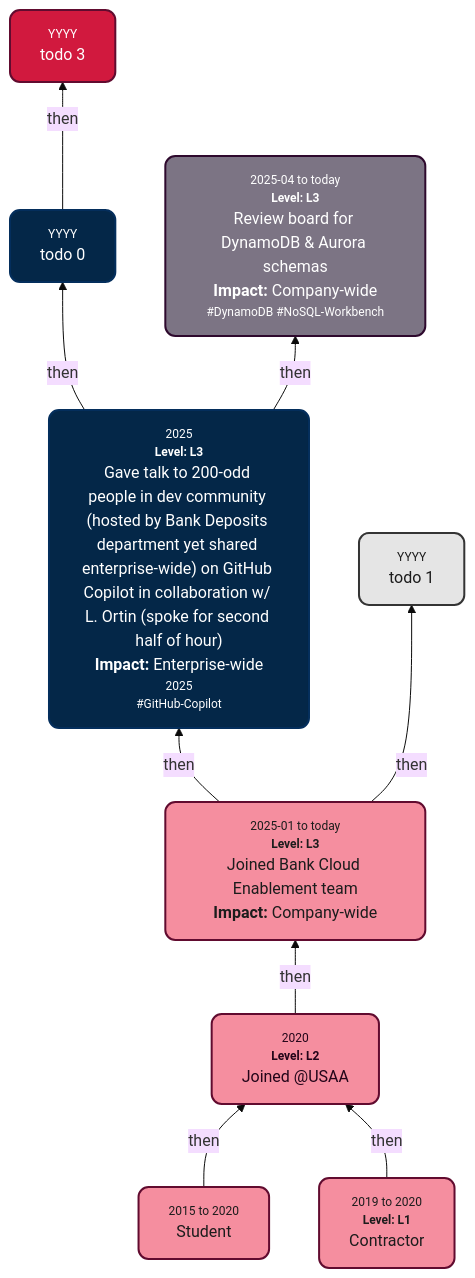
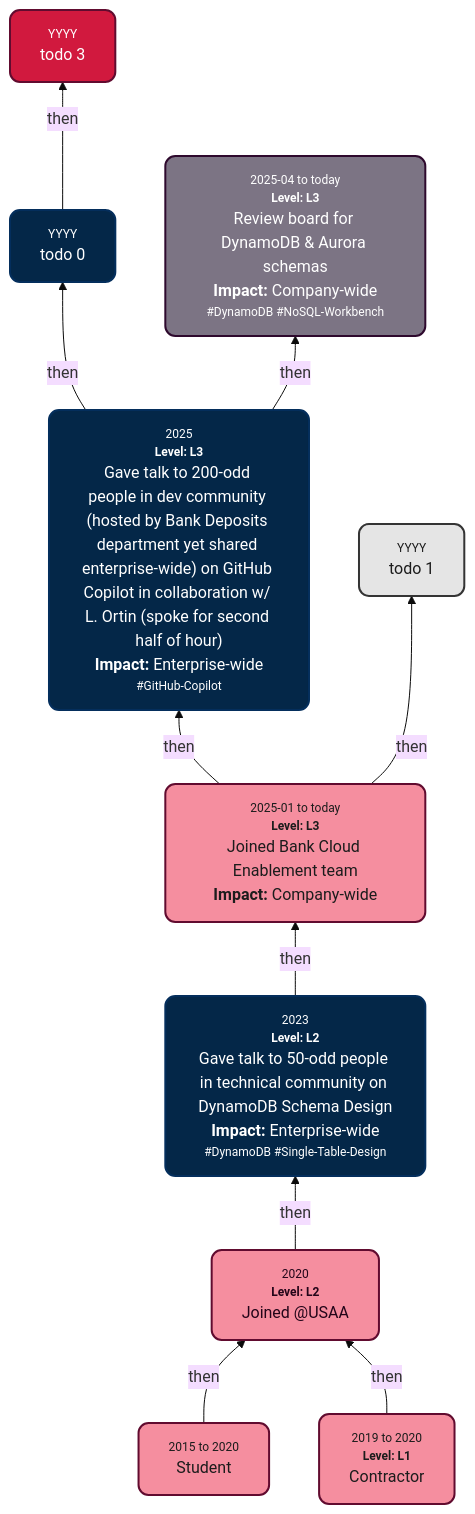
One commit to s-sepanski/portfolio changed the diagram in README.md. Above: the diagram before and after it, drawn with Mermaid (base theme).

Commit message:
task: dynamo talk

````diff
--- a/README.md
+++ b/README.md
@@ -37,22 +37,24 @@
 ```mermaid
 graph BT
     PreStudentNode["<div style='font-size:75%;  color:#848484; text-align:center;'>2015 to 2020</div>Student"] -->|then| A["<div style='font-size:75%; color:#848484; text-align:center;'>2020</div><div style='font-size:75%; color:#848484; text-align:center;'><b>Level: L2</b><br/></div>Joined @USAA<br>"]
     ContractorNode["<div style='font-size:75%; color:#848484; text-align:center;'>2019 to 2020</div><div style='font-size:75%; color:#848484; text-align:center;'><b>Level: L1</b></div>Contractor"] -->|then| A
-    A -->|then| B["<div style='font-size:75%; color:#848484; text-align:center;'>2025-01 to today</div><div style='font-size:75%; color:#848484; text-align:center;'><b>Level: L3</b><br/></div>Joined Bank Cloud Enablement team<br/><b>Impact: </b>Company-wide"]
-    B -->|then| C["<div style='font-size:75%; color:#848484; text-align:center;'>2025</div><div style='font-size:75%; color:#848484; text-align:center;'><b>Level: L3</b><br/></div>Gave talk to 200-odd people in dev community (hosted by Bank Deposits department yet shared enterprise-wide) on GitHub Copilot in collaboration w/ L. Ortin (spoke for second half of hour)<br/><b>Impact: </b>Enterprise-wide<div style='font-size:75%; color:#848484; text-align:center;'>2025</div><div style='font-size:75%; color:#848484; text-align:center;'>#GitHub-Copilot<br/></div>"]
+    A -->|then| Chat["<div style='font-size:75%; color:#848484; text-align:center;'>2023</div><div style='font-size:75%; color:#848484; text-align:center;'><b>Level: L2</b><br/></div>Gave talk to 50-odd people in technical community on DynamoDB Schema Design<br/><b>Impact: </b>Enterprise-wide<div style='font-size:75%; color:#848484; text-align:center;'>#DynamoDB #Single-Table-Design<br/></div>"]
+    Chat -->|then| B["<div style='font-size:75%; color:#848484; text-align:center;'>2025-01 to today</div><div style='font-size:75%; color:#848484; text-align:center;'><b>Level: L3</b><br/></div>Joined Bank Cloud Enablement team<br/><b>Impact: </b>Company-wide"]
+    B -->|then| C["<div style='font-size:75%; color:#848484; text-align:center;'>2025</div><div style='font-size:75%; color:#848484; text-align:center;'><b>Level: L3</b><br/></div>Gave talk to 200-odd people in dev community (hosted by Bank Deposits department yet shared enterprise-wide) on GitHub Copilot in collaboration w/ L. Ortin (spoke for second half of hour)<br/><b>Impact: </b>Enterprise-wide<div style='font-size:75%; color:#848484; text-align:center;'>#GitHub-Copilot<br/></div>"]
     C -->|then| D["<div style='font-size:75%; color:#848484; text-align:center;'>YYYY</div>todo 0"]
     B -->|then| E["<div style='font-size:75%; color:#848484; text-align:center;'>YYYY</div>todo 1"]
     C -->|then| F["<div style='font-size:75%; color:#848484; text-align:center;'>2025-04 to today</div><div style='font-size:75%; color:#848484; text-align:center;'><b>Level: L3</b><br/></div>Review board for DynamoDB & Aurora schemas<br/><b>Impact: </b>Company-wide<div style='font-size:75%; color:#848484; text-align:center;'>#DynamoDB #NoSQL-Workbench<br/></div>"]
     D -->|then| G["<div style='font-size:75%; color:#848484; text-align:center;'>YYYY</div>todo 3"]
     style PreStudentNode fill:#f58e9f,stroke:#610b2f,stroke-width:2px,color:#1c1c1c
     style ContractorNode fill:#f58e9f,stroke:#610b2f,stroke-width:2px,color:#1c1c1c
     style A fill:#f58e9f,stroke:#610b2f,stroke-width:2px,color:#230519
+    style Chat fill:#042748,stroke:#042e5c,stroke-width:2px,color:#FFFFFF
     style B fill:#f58e9f,stroke:#610b2f,stroke-width:2px,color:#1c1c1c
     style C fill:#042748,stroke:#042e5c,stroke-width:2px,color:#FFFFFF
     style D fill:#042748,stroke:#042e5c,stroke-width:2px,color:#FFFFFF
     style E fill:#e5e5e5,stroke:#343434,stroke-width:2px,color:#1c1c1c
     style F fill:#7c7484,stroke:#2e092d,stroke-width:2px,color:#FFFFFF
     style G fill:#d1193e,stroke:#610b2f,stroke-width:2px,color:#FFFFFF
     classDef rounded stroke-width:2px,rx:10,ry:10;
-    class PreStudentNode,ContractorNode,A,B,C,D,E,F,G rounded;
+    class PreStudentNode,ContractorNode,A,Chat,B,C,D,E,F,G rounded;
 ```
````
